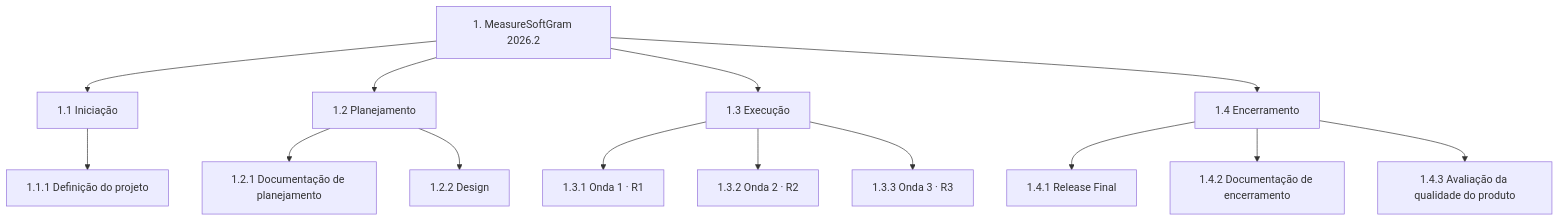
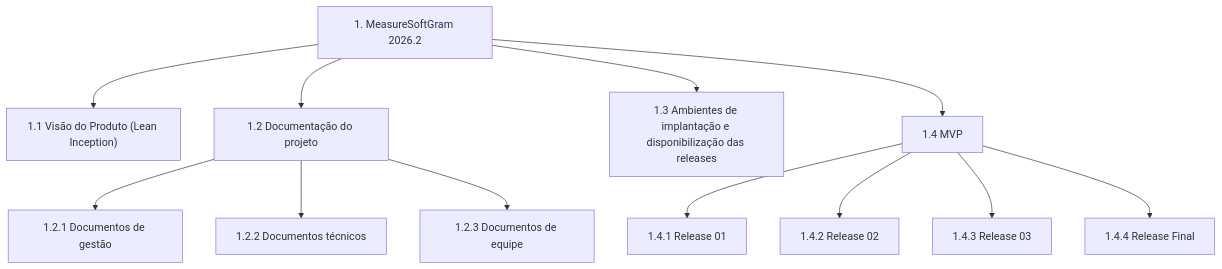
One commit to fga-eps-mds/2026.2-MeasureSoftGram-DOC changed the diagram in docs/planejamento/eap.mdx. Above: the diagram before and after it, drawn with Mermaid. The commit also changed other lines of this file, not shown here.

Commit message:
fix(eap): correcao da estrutura analitica de projeto

````diff
--- a/docs/planejamento/eap.mdx
+++ b/docs/planejamento/eap.mdx
@@ -82,21 +61,17 @@
 ```mermaid
 flowchart TB
   P["1. MeasureSoftGram 2026.2"]
-  P --> F1["1.1 Iniciação"]
-  P --> F2["1.2 Planejamento"]
-  P --> F3["1.3 Execução"]
-  P --> F4["1.4 Encerramento"]
+  P --> G1["1.1 Visão do Produto (Lean Inception)"]
+  P --> G2["1.2 Documentação do projeto"]
+  P --> G3["1.3 Ambientes de implantação e disponibilização das releases"]
+  P --> G4["1.4 MVP"]
 
-  F1 --> F1A["1.1.1 Definição do projeto"]
+  G2 --> G2A["1.2.1 Documentos de gestão"]
+  G2 --> G2B["1.2.2 Documentos técnicos"]
+  G2 --> G2C["1.2.3 Documentos de equipe"]
 
-  F2 --> F2A["1.2.1 Documentação de planejamento"]
-  F2 --> F2B["1.2.2 Design"]
-
-  F3 --> F3A["1.3.1 Onda 1 · R1"]
-  F3 --> F3B["1.3.2 Onda 2 · R2"]
-  F3 --> F3C["1.3.3 Onda 3 · R3"]
-
-  F4 --> F4A["1.4.1 Release Final"]
-  F4 --> F4B["1.4.2 Documentação de encerramento"]
-  F4 --> F4C["1.4.3 Avaliação da qualidade do produto"]
+  G4 --> G4A["1.4.1 Release 01"]
+  G4 --> G4B["1.4.2 Release 02"]
+  G4 --> G4C["1.4.3 Release 03"]
+  G4 --> G4D["1.4.4 Release Final"]
 ```
````
